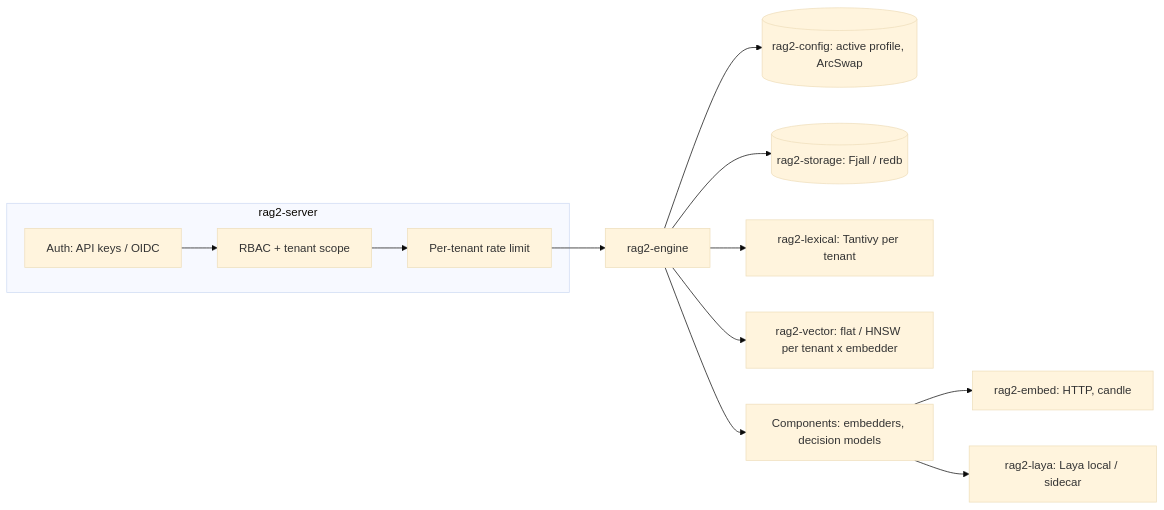
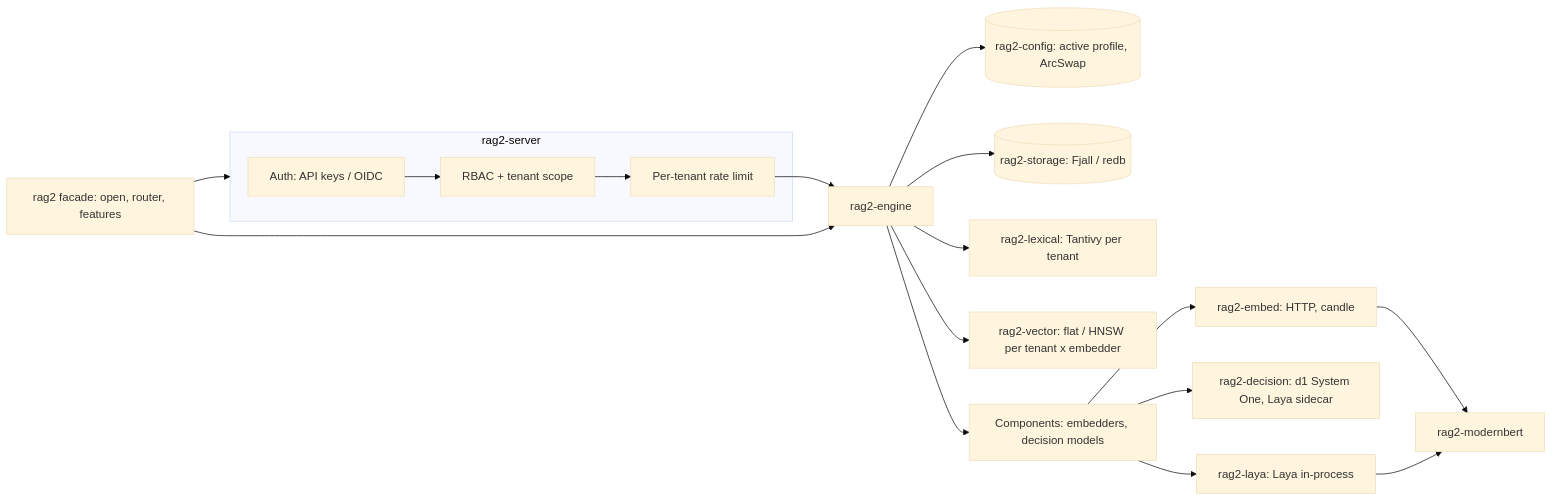
The first of 2 diagrams in docs/ARCHITECTURE.md (hotocoo/rag2), drawn with Mermaid (base theme) before and after one commit. The commit also changed other lines of this file and 27 other files, not shown here.

````diff
--- a/docs/ARCHITECTURE.md
+++ b/docs/ARCHITECTURE.md
@@ -7,14 +7,19 @@
 ```mermaid
 flowchart LR
   subgraph Edge[rag2-server]
     A[Auth: API keys / OIDC] --> Z[RBAC + tenant scope] --> R[Per-tenant rate limit]
   end
   R --> E[rag2-engine]
   E --> C[(rag2-config: active profile, ArcSwap)]
   E --> S[(rag2-storage: Fjall / redb)]
   E --> L[rag2-lexical: Tantivy per tenant]
   E --> V[rag2-vector: flat / HNSW per tenant x embedder]
   E --> M[Components: embedders, decision models]
   M --> H[rag2-embed: HTTP, candle]
-  M --> Y[rag2-laya: Laya local / sidecar]
+  M --> D[rag2-decision: d1 System One, Laya sidecar]
+  M --> Y[rag2-laya: Laya in-process]
+  H --> B[rag2-modernbert]
+  Y --> B
+  F[rag2 facade: open, router, features] --> E
+  F --> Edge
 ```
````
